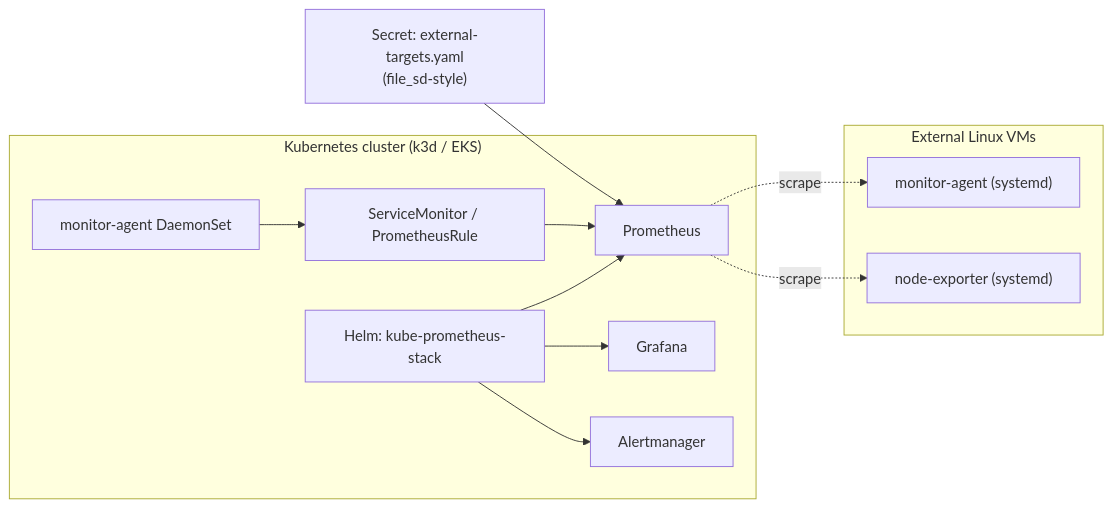
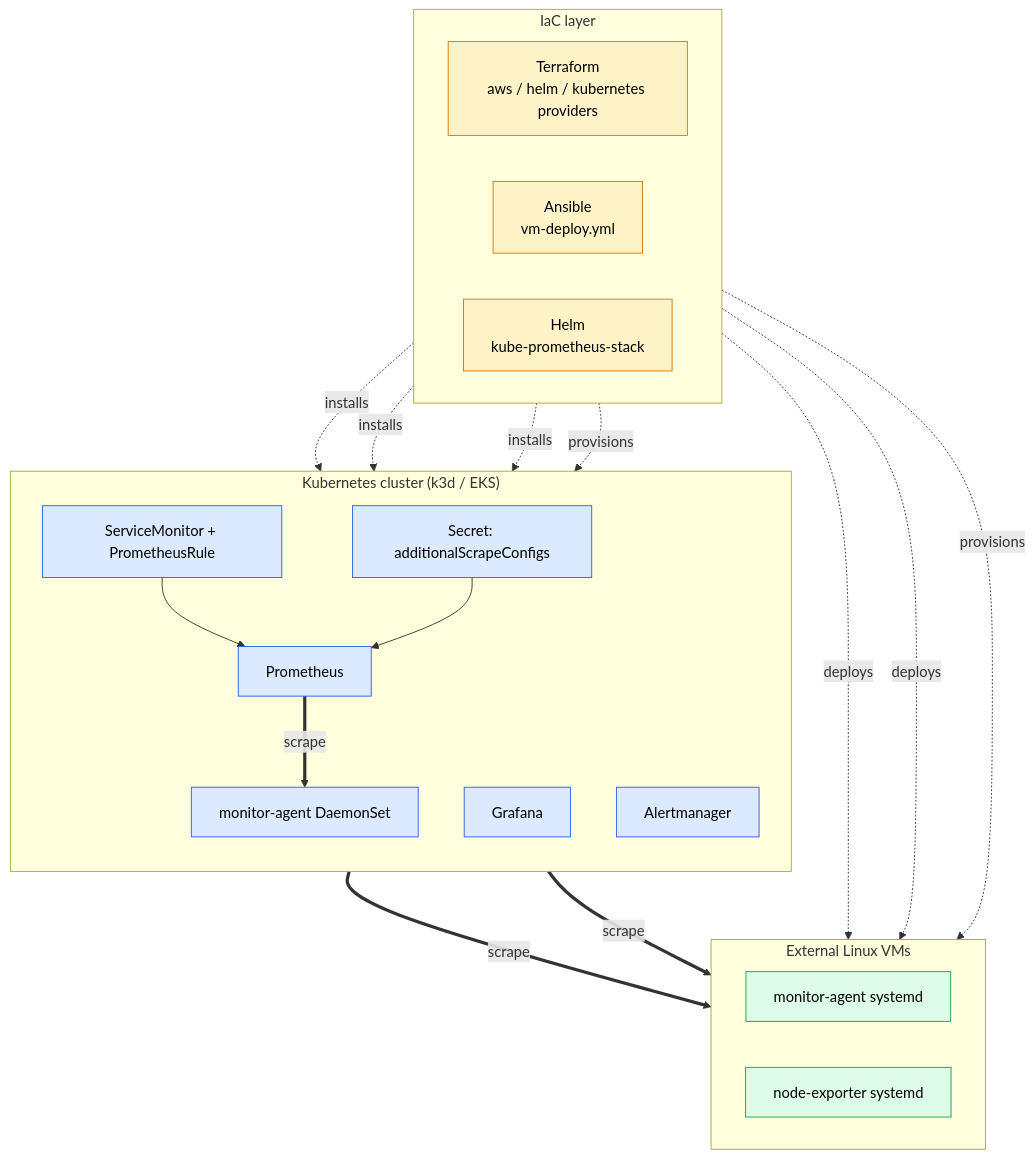
One commit to Bikerbyte/iac-monitoring-system changed the diagram in README.md. Above: the diagram before and after it, drawn with Mermaid.

Commit message:
docs: redesign architecture diagram
Issues with the previous mermaid:
- Helm was drawn inside the k8s cluster, but Helm is a client tool
  that installs charts — it doesn't run inside the cluster
- Terraform and Ansible were absent, even though the README headline
  positions them as core technologies
- Solid arrows were overloaded: HELM-->PROM (install) and SM-->PROM
  (CRD declaration) looked identical
- No visual layering; reviewers had to read every label to recognize
  what's IaC vs k8s vs VM

New diagram:
- Three labeled layers (IaC / Kubernetes / External VMs) with classDef
  color coding (amber / blue / green) so the three worlds register at
  a glance
- Terraform, Ansible, Helm all present in the IaC layer
- Arrow grammar separated into three styles:
    -.installs/provisions/deploys.->  IaC actions
    -->                                logical wiring (CRD -> Prom)
    ==scrape==>                        runtime data flow
- PROM has thick scrape arrows to k8s DaemonSet pods AND external VMs,
  making the "one Prometheus monitors both worlds" thesis visible

````diff
--- a/README.md
+++ b/README.md
@@ -25,22 +25,46 @@
 ```mermaid
-flowchart LR
+flowchart TB
+  subgraph IAC["IaC layer"]
+    direction LR
+    TF["Terraform<br/>aws / helm / kubernetes providers"]
+    ANS["Ansible<br/>vm-deploy.yml"]
+    HELM["Helm<br/>kube-prometheus-stack"]
+  end
+
   subgraph K8S["Kubernetes cluster (k3d / EKS)"]
-    HELM["Helm: kube-prometheus-stack"]
-    DS["monitor-agent DaemonSet"]
-    SM["ServiceMonitor / PrometheusRule"]
-    HELM --> PROM["Prometheus"]
-    HELM --> GRAF["Grafana"]
-    HELM --> AM["Alertmanager"]
-    SM --> PROM
-    DS --> SM
+    direction TB
+    PROM[Prometheus]
+    GRAF[Grafana]
+    AM[Alertmanager]
+    DS[monitor-agent DaemonSet]
+    SM["ServiceMonitor + PrometheusRule"]
+    SECRET["Secret: additionalScrapeConfigs"]
   end
 
   subgraph VMS["External Linux VMs"]
-    AGENT["monitor-agent (systemd)"]
-    NODE["node-exporter (systemd)"]
+    direction LR
+    VAGENT[monitor-agent systemd]
+    VNODE[node-exporter systemd]
   end
 
-  SECRET["Secret: external-targets.yaml<br/>(file_sd-style)"] --> PROM
-  PROM -.scrape.-> AGENT
-  PROM -.scrape.-> NODE
+  TF -.provisions.-> K8S
+  TF -.provisions.-> VMS
+  HELM -.installs.-> PROM
+  HELM -.installs.-> GRAF
+  HELM -.installs.-> AM
+  ANS -.deploys.-> VAGENT
+  ANS -.deploys.-> VNODE
+
+  SM --> PROM
+  SECRET --> PROM
+  PROM ==scrape==> DS
+  PROM ==scrape==> VAGENT
+  PROM ==scrape==> VNODE
+
+  classDef iac fill:#fef3c7,stroke:#d97706,color:#000
+  classDef k8s fill:#dbeafe,stroke:#2563eb,color:#000
+  classDef vm fill:#dcfce7,stroke:#16a34a,color:#000
+  class TF,ANS,HELM iac
+  class PROM,GRAF,AM,DS,SM,SECRET k8s
+  class VAGENT,VNODE vm
 ```
````
